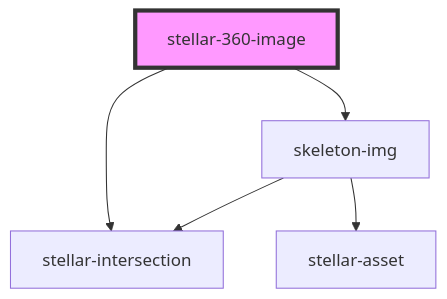
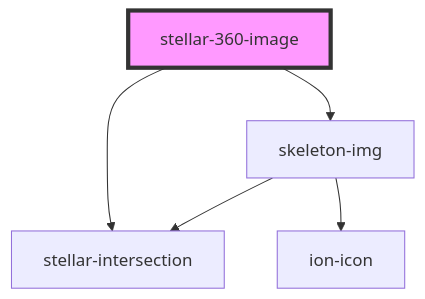
The diagram in src/components/media/360-image/readme.md (splitinfinities/Stellar), drawn with Mermaid before and after one commit. The commit also changed 108 other files, not shown here.

Commit message:
Remove stellar-asset.

````diff
--- a/src/components/media/360-image/readme.md
+++ b/src/components/media/360-image/readme.md
@@ -27,8 +27,8 @@
 ```mermaid
 graph TD;
   stellar-360-image --> stellar-intersection
   stellar-360-image --> skeleton-img
-  skeleton-img --> stellar-asset
+  skeleton-img --> ion-icon
   skeleton-img --> stellar-intersection
   style stellar-360-image fill:#f9f,stroke:#333,stroke-width:4px
 ```
````
